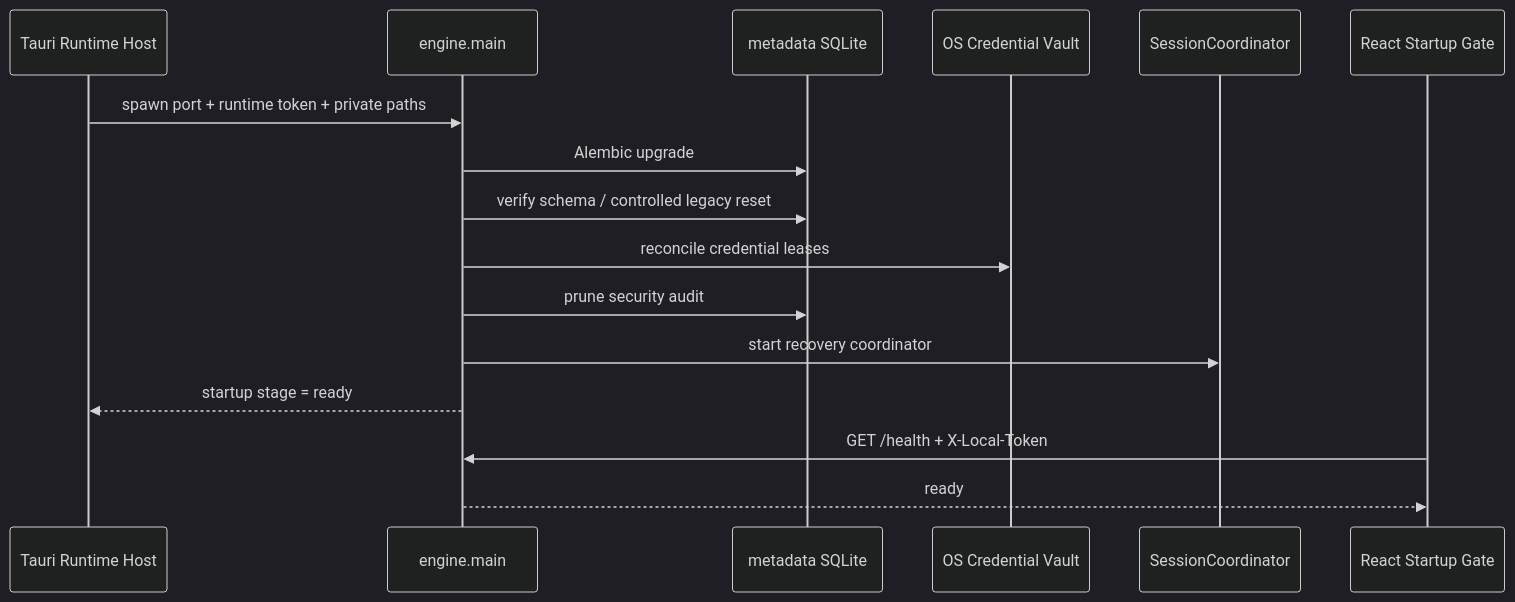
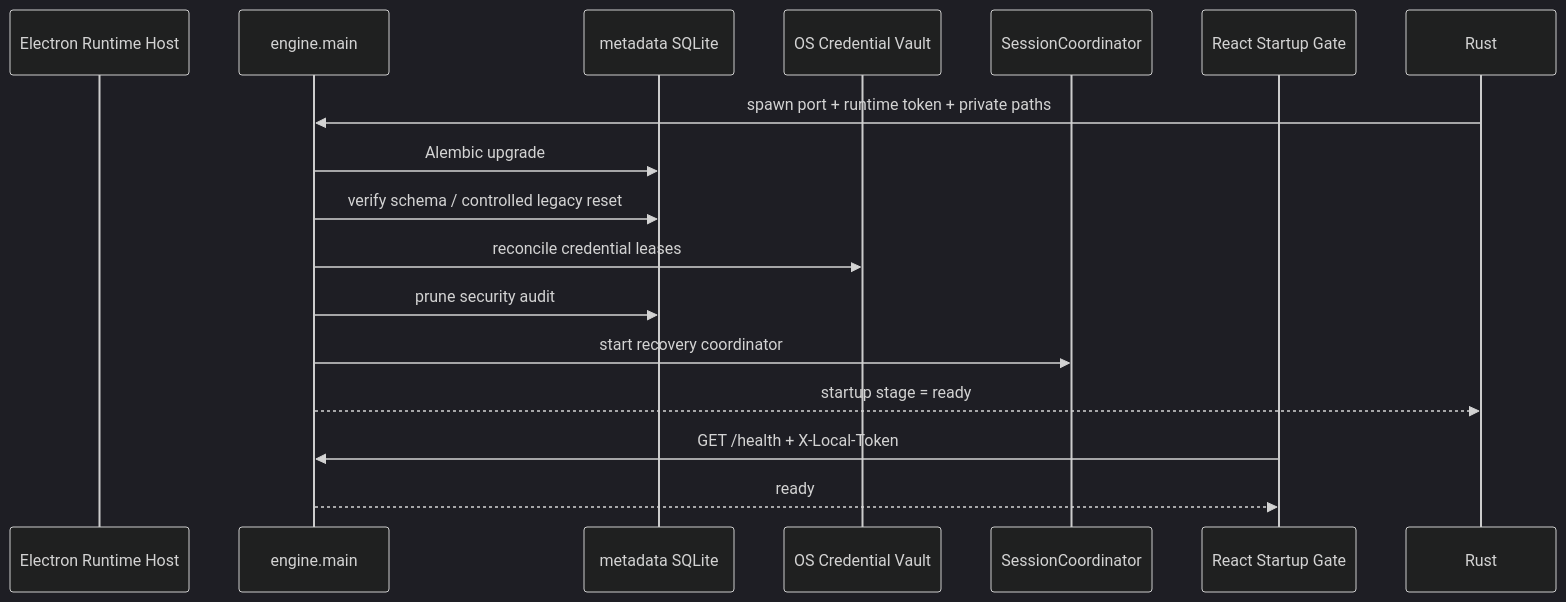
Before and after one commit to trrueee/DBFox: the second of 8 diagrams in docs/architecture/backend-owner-guide.md, drawn with Mermaid (dark theme). The commit also changed 125 other files, not shown here.

Commit message:
refactor(desktop): remove Rust and Tauri host (#78)

````diff
--- a/docs/architecture/backend-owner-guide.md
+++ b/docs/architecture/backend-owner-guide.md
@@ -131,19 +131,19 @@
 ```mermaid
 sequenceDiagram
-  participant Rust as Tauri Runtime Host
+  participant Host as Electron Runtime Host
   participant Main as engine.main
   participant Meta as metadata SQLite
   participant Vault as OS Credential Vault
   participant Coord as SessionCoordinator
   participant UI as React Startup Gate
 
   Rust->>Main: spawn port + runtime token + private paths
   Main->>Meta: Alembic upgrade
   Main->>Meta: verify schema / controlled legacy reset
   Main->>Vault: reconcile credential leases
   Main->>Meta: prune security audit
   Main->>Coord: start recovery coordinator
   Main-->>Rust: startup stage = ready
   UI->>Main: GET /health + X-Local-Token
   Main-->>UI: ready
 ```
````
